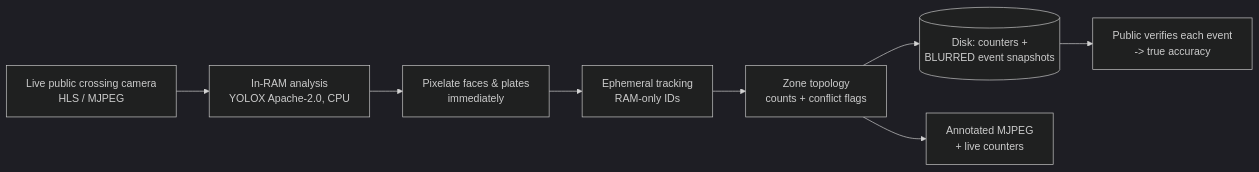
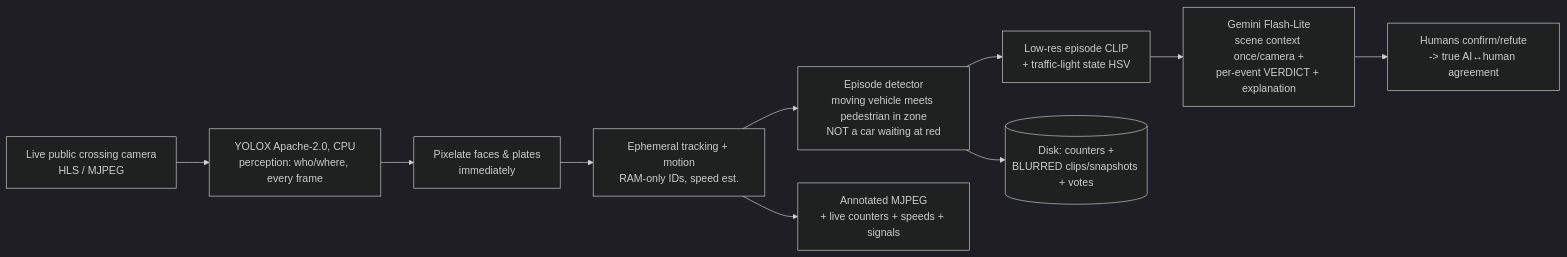
One commit to AndriiShramko/bezpieczne-przejscia changed the diagram in README.md. Above: the diagram before and after it, drawn with Mermaid (dark theme). The commit also changed other lines of this file, not shown here.

Commit message:
README: document the 3-model cooperating architecture (YOLOX + Gemini scene/event analysis + humans)

````diff
--- a/README.md
+++ b/README.md
@@ -28,10 +31,12 @@
 ```mermaid
 flowchart LR
-  A[Live public crossing camera\nHLS / MJPEG] --> B[In-RAM analysis\nYOLOX Apache-2.0, CPU]
+  A[Live public crossing camera\nHLS / MJPEG] --> B[YOLOX Apache-2.0, CPU\nperception: who/where, every frame]
   B --> C[Pixelate faces & plates\nimmediately]
-  C --> D[Ephemeral tracking\nRAM-only IDs]
-  D --> E[Zone topology\ncounts + conflict flags]
-  E --> F[(Disk: counters +\nBLURRED event snapshots)]
-  E --> G[Annotated MJPEG\n+ live counters]
-  F --> H[Public verifies each event\n-> true accuracy]
+  C --> D[Ephemeral tracking + motion\nRAM-only IDs, speed est.]
+  D --> E[Episode detector\nmoving vehicle meets pedestrian in zone\nNOT a car waiting at red]
+  E --> F[Low-res episode CLIP\n+ traffic-light state HSV]
+  F --> G[Gemini Flash-Lite\nscene context once/camera +\nper-event VERDICT + explanation]
+  G --> H[Humans confirm/refute\n-> true AI↔human agreement]
+  E --> I[(Disk: counters +\nBLURRED clips/snapshots + votes)]
+  D --> J[Annotated MJPEG\n+ live counters + speeds + signals]
 ```
````
